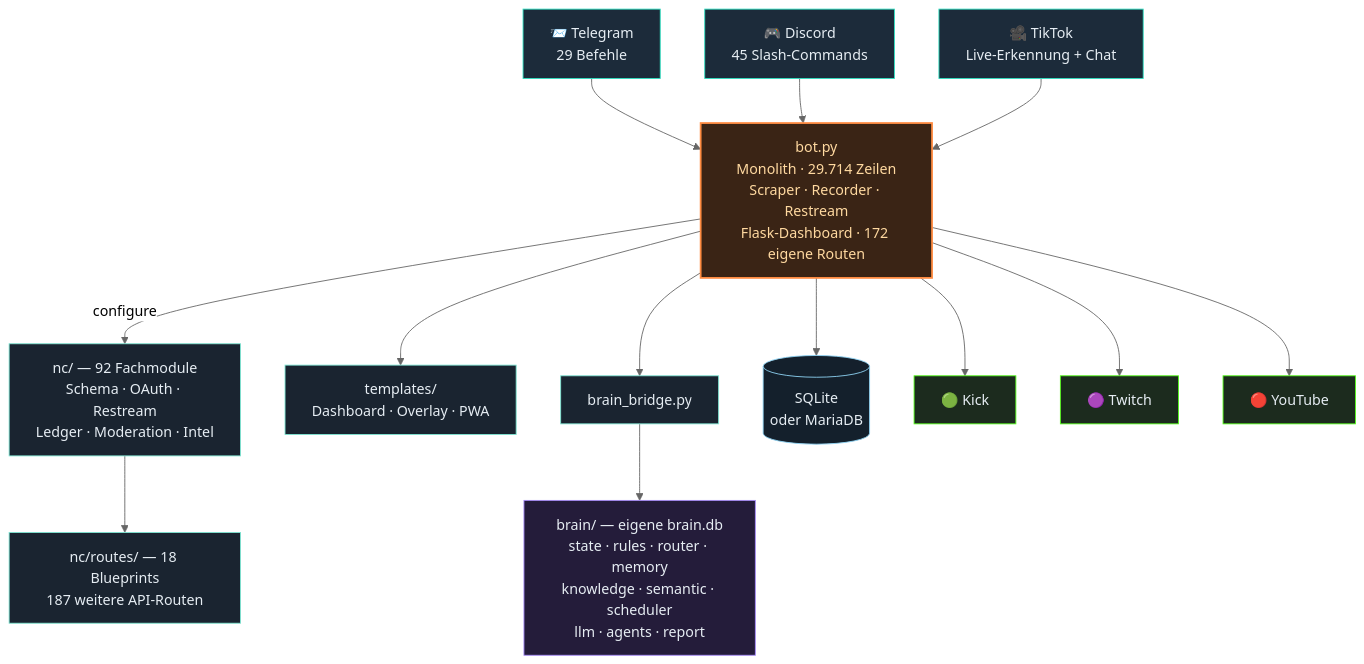
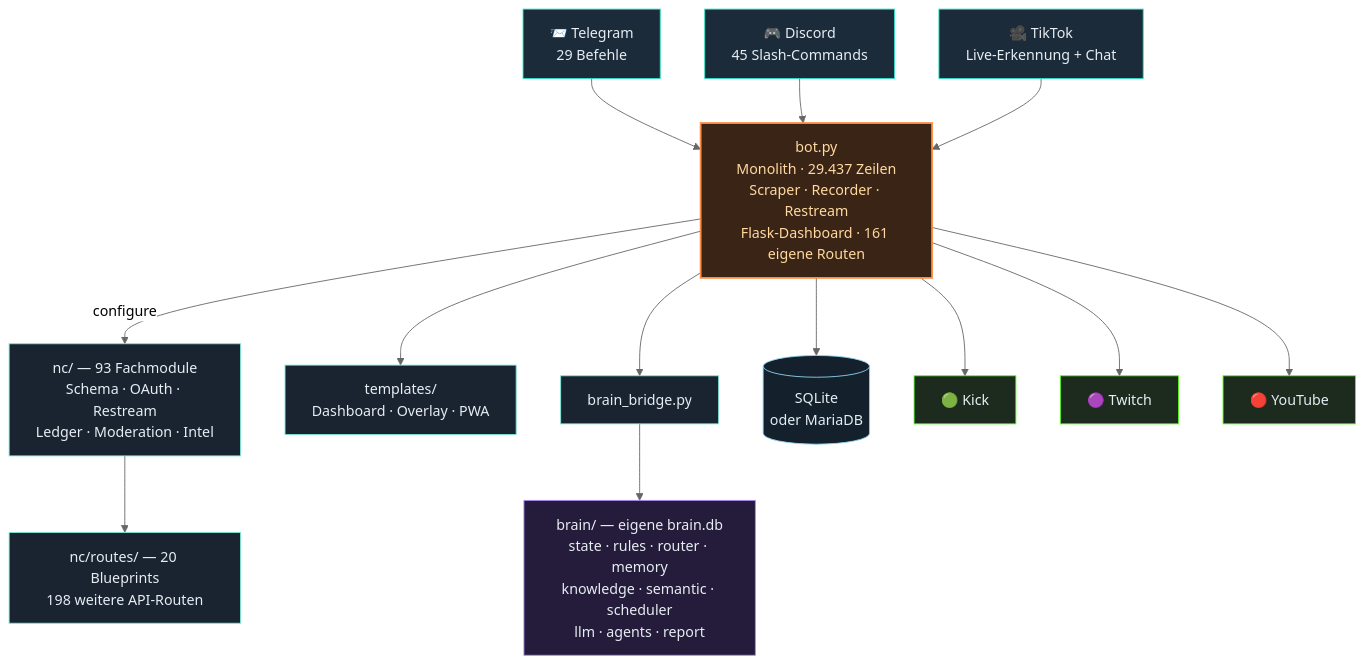
The third of 4 diagrams in README.md (itsamemedev/Telegram-Stream-Info-Bot), drawn with Mermaid (neutral theme) before and after one commit. The commit also changed other lines of this file and 15 other files, not shown here.

````diff
--- a/README.md
+++ b/README.md
@@ -189,30 +189,30 @@
 ```mermaid
 flowchart TB
     TG["📨 Telegram<br/>29 Befehle"]:::ein
     DC["🎮 Discord<br/>45 Slash-Commands"]:::ein
     TT["🎥 TikTok<br/>Live-Erkennung + Chat"]:::ein
 
     TG --> BOT
     DC --> BOT
     TT --> BOT
 
-    BOT["bot.py<br/>Monolith · 29.714 Zeilen<br/>Scraper · Recorder · Restream<br/>Flask-Dashboard · 172 eigene Routen"]:::core
+    BOT["bot.py<br/>Monolith · 29.437 Zeilen<br/>Scraper · Recorder · Restream<br/>Flask-Dashboard · 161 eigene Routen"]:::core
 
-    BOT -->|configure| NC["nc/ — 92 Fachmodule<br/>Schema · OAuth · Restream<br/>Ledger · Moderation · Intel"]:::lib
-    NC --> RT["nc/routes/ — 18 Blueprints<br/>187 weitere API-Routen"]:::lib
+    BOT -->|configure| NC["nc/ — 93 Fachmodule<br/>Schema · OAuth · Restream<br/>Ledger · Moderation · Intel"]:::lib
+    NC --> RT["nc/routes/ — 20 Blueprints<br/>198 weitere API-Routen"]:::lib
     BOT --> TPL["templates/<br/>Dashboard · Overlay · PWA"]:::lib
     BOT --> BR["brain_bridge.py"]:::lib
     BR --> BRAIN["brain/ — eigene brain.db<br/>state · rules · router · memory<br/>knowledge · semantic · scheduler<br/>llm · agents · report"]:::brain
     BOT --> DB[("SQLite<br/>oder MariaDB")]:::db
 
     BOT --> KICK["🟢 Kick"]:::out
     BOT --> TW["🟣 Twitch"]:::out
     BOT --> YT["🔴 YouTube"]:::out
 
     classDef ein fill:#1c2b3a,stroke:#2de1c2,color:#e6edf3
     classDef core fill:#3a2415,stroke:#ff8c42,stroke-width:2px,color:#ffd9a0
     classDef lib fill:#1a2430,stroke:#7fe7d4,color:#e6edf3
     classDef brain fill:#241c3a,stroke:#a78bfa,color:#e6edf3
     classDef db fill:#14202c,stroke:#8fd3f4,color:#e6edf3
     classDef out fill:#1c2b1e,stroke:#53fc18,color:#e6edf3
 ```
````
